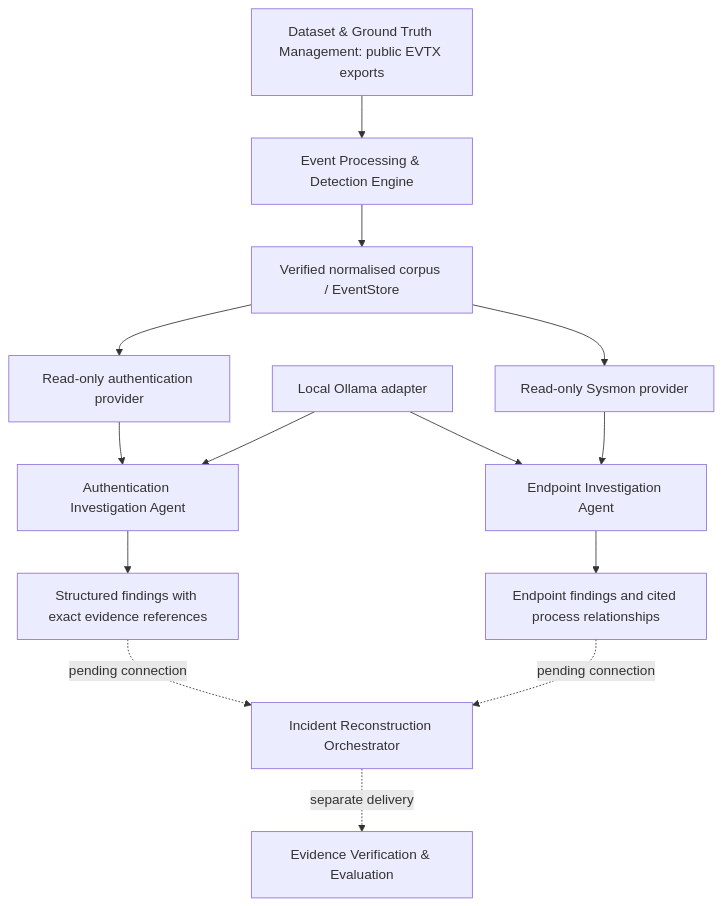
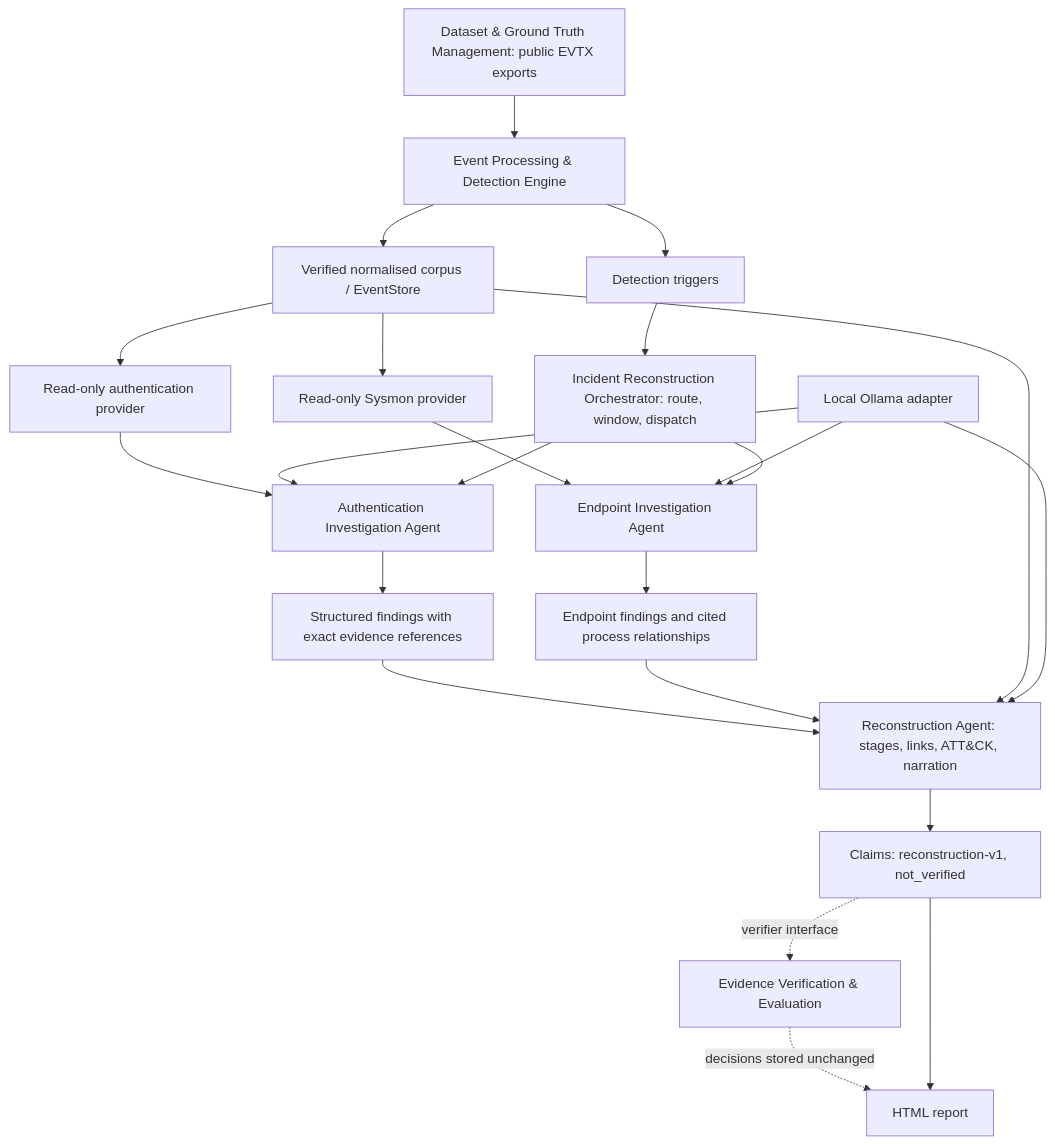
Before and after one commit to Koon-Kiat/Multi-Agent-Incident-Reconstruction: the diagram in docs/ARCHITECTURE.md, drawn with Mermaid. The commit also changed other lines of this file and 30 other files, not shown here.

First line of the commit message:
feat(reconstruction): add orchestration and evidence reports (#13)

````diff
--- a/docs/ARCHITECTURE.md
+++ b/docs/ARCHITECTURE.md
@@ -16,16 +16,25 @@
 ```mermaid
 flowchart TD
   D[Dataset & Ground Truth Management: public EVTX exports] --> P[Event Processing & Detection Engine]
   P --> C[Verified normalised corpus / EventStore]
+  P --> T[Detection triggers]
+  T --> O[Incident Reconstruction Orchestrator: route, window, dispatch]
   C --> A[Read-only authentication provider]
   A --> I[Authentication Investigation Agent]
   L[Local Ollama adapter] --> I
+  O --> I
   I --> F[Structured findings with exact evidence references]
-  F -. pending connection .-> O[Incident Reconstruction Orchestrator]
   C --> EP[Read-only Sysmon provider]
   EP --> E[Endpoint Investigation Agent]
   L --> E
+  O --> E
   E --> EF[Endpoint findings and cited process relationships]
-  EF -. pending connection .-> O
-  O -. separate delivery .-> V[Evidence Verification & Evaluation]
+  F --> R[Reconstruction Agent: stages, links, ATT&CK, narration]
+  EF --> R
+  C --> R
+  L --> R
+  R --> CL[Claims: reconstruction-v1, not_verified]
+  CL -. verifier interface .-> V[Evidence Verification & Evaluation]
+  V -. decisions stored unchanged .-> RP[HTML report]
+  CL --> RP
 ```
````
